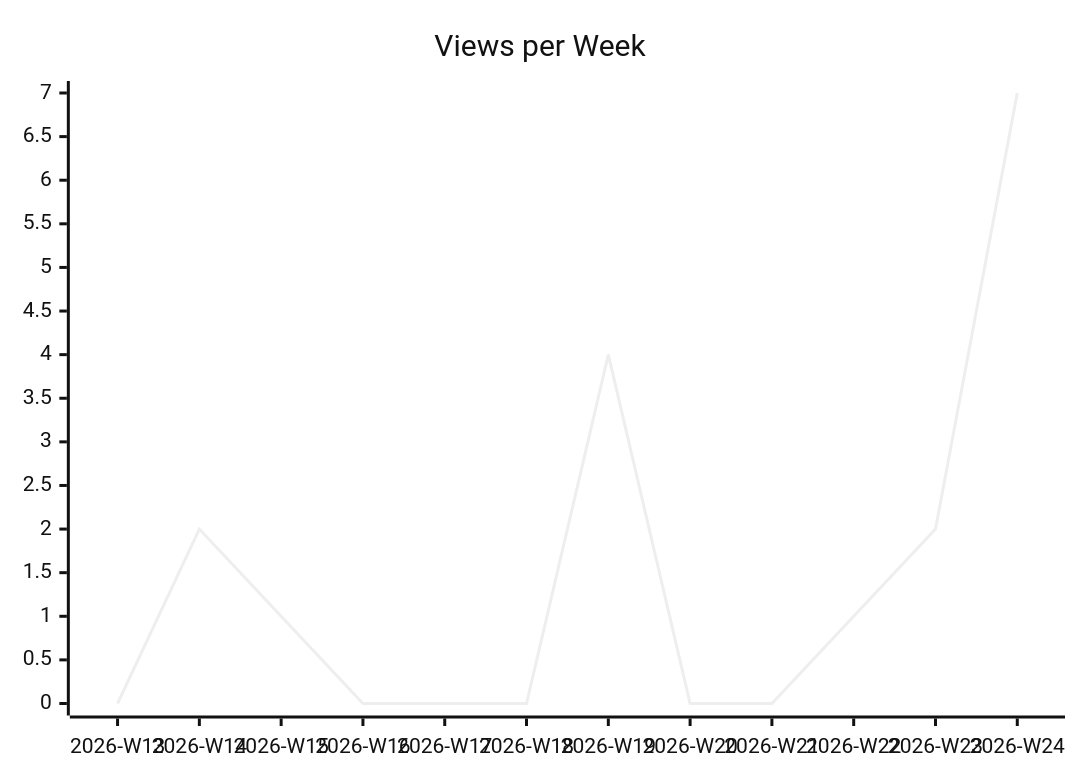
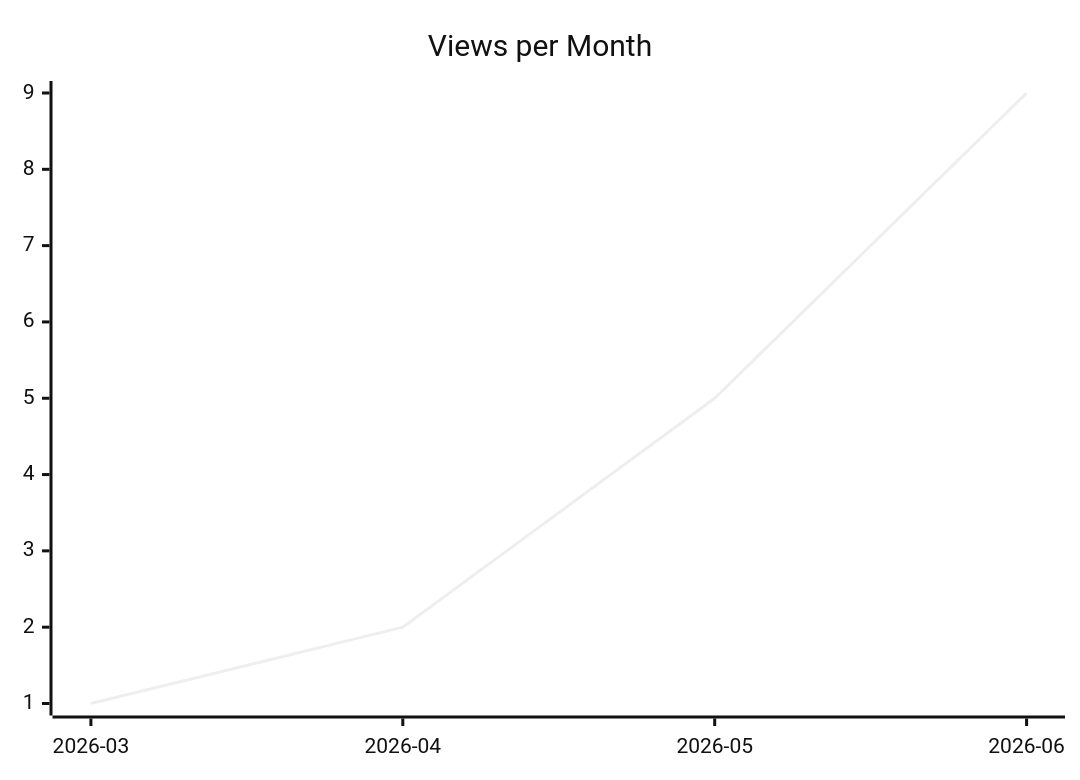
The second of 3 diagrams in karlmdavis/justdavis-ansible/README.md (justdavis-family/github-analytics-data), drawn with Mermaid (neutral theme) before and after one commit. The commit also changed other lines of this file and 198 other files, not shown here.

````diff
--- a/karlmdavis/justdavis-ansible/README.md
+++ b/karlmdavis/justdavis-ansible/README.md
@@ -12,6 +12,6 @@
 ```mermaid
 xychart-beta
-  title "Views per Week"
-  x-axis ["2026-W13", "2026-W14", "2026-W15", "2026-W16", "2026-W17", "2026-W18", "2026-W19", "2026-W20", "2026-W21", "2026-W22", "2026-W23", "2026-W24"]
-  line [0, 2, 1, 0, 0, 0, 4, 0, 0, 1, 2, 7]
+  title "Views per Month"
+  x-axis ["2026-03", "2026-04", "2026-05", "2026-06"]
+  line [1, 2, 5, 9]
 ```
````
